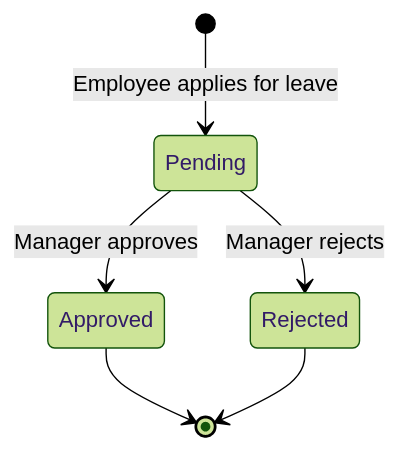
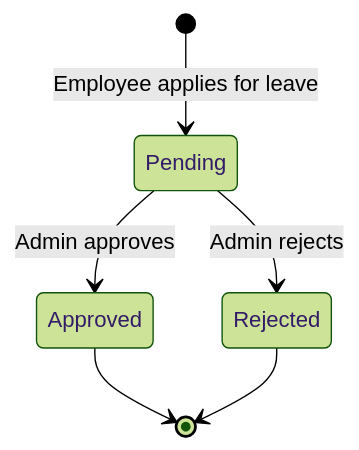
One commit to Aman5624/WorkForce-Management-System changed the eighth of 11 diagrams in README.md. Above: the diagram before and after it, drawn with Mermaid (forest theme).

Commit message:
Change approval process from Manager to Admin

````diff
--- a/README.md
+++ b/README.md
@@ -165,8 +165,8 @@
 ```mermaid
 stateDiagram-v2
     [*] --> Pending : Employee applies for leave
-    Pending --> Approved : Manager approves
-    Pending --> Rejected : Manager rejects
+    Pending --> Approved : Admin approves
+    Pending --> Rejected : Admin rejects
     Approved --> [*]
     Rejected --> [*]
 ```
````
